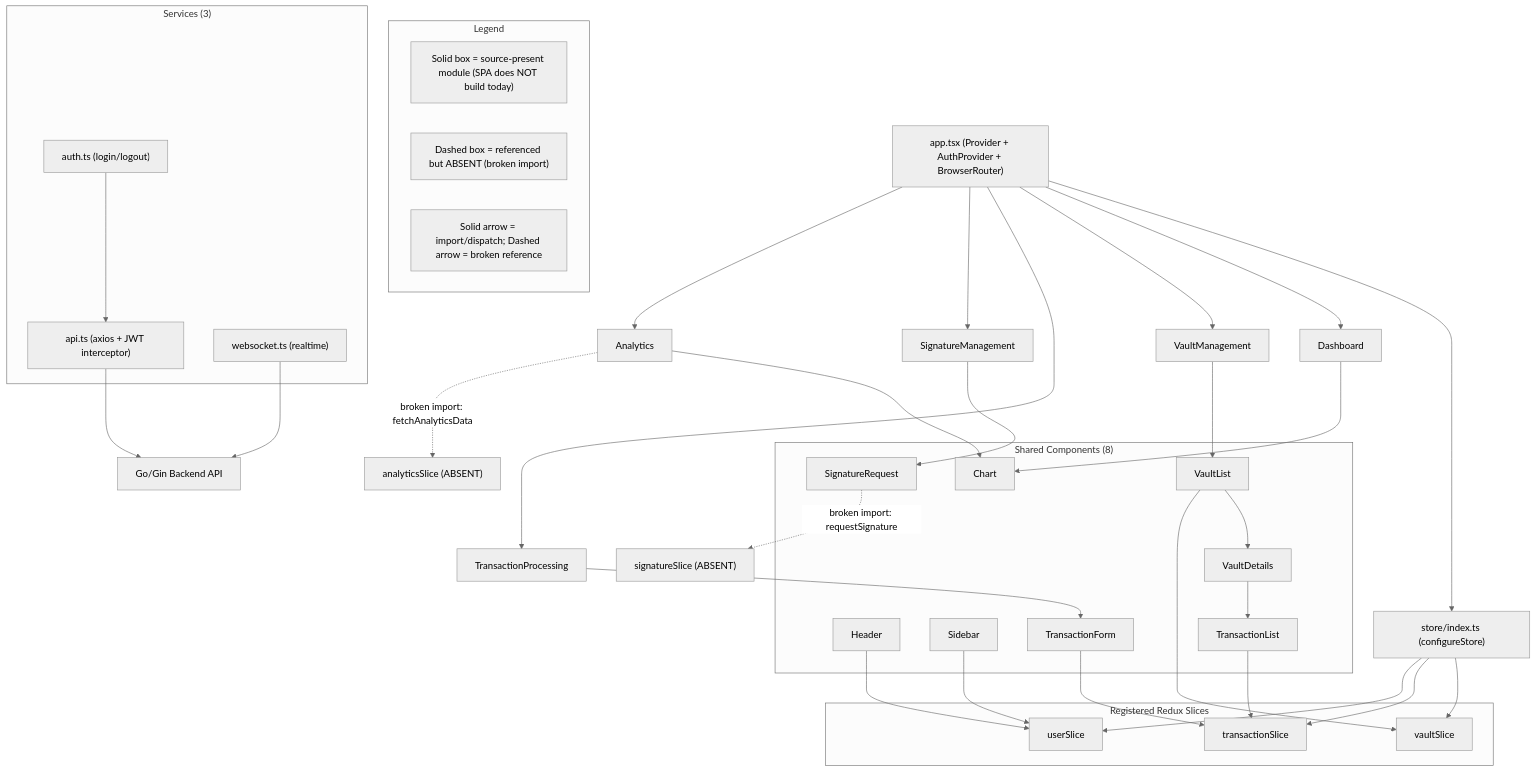
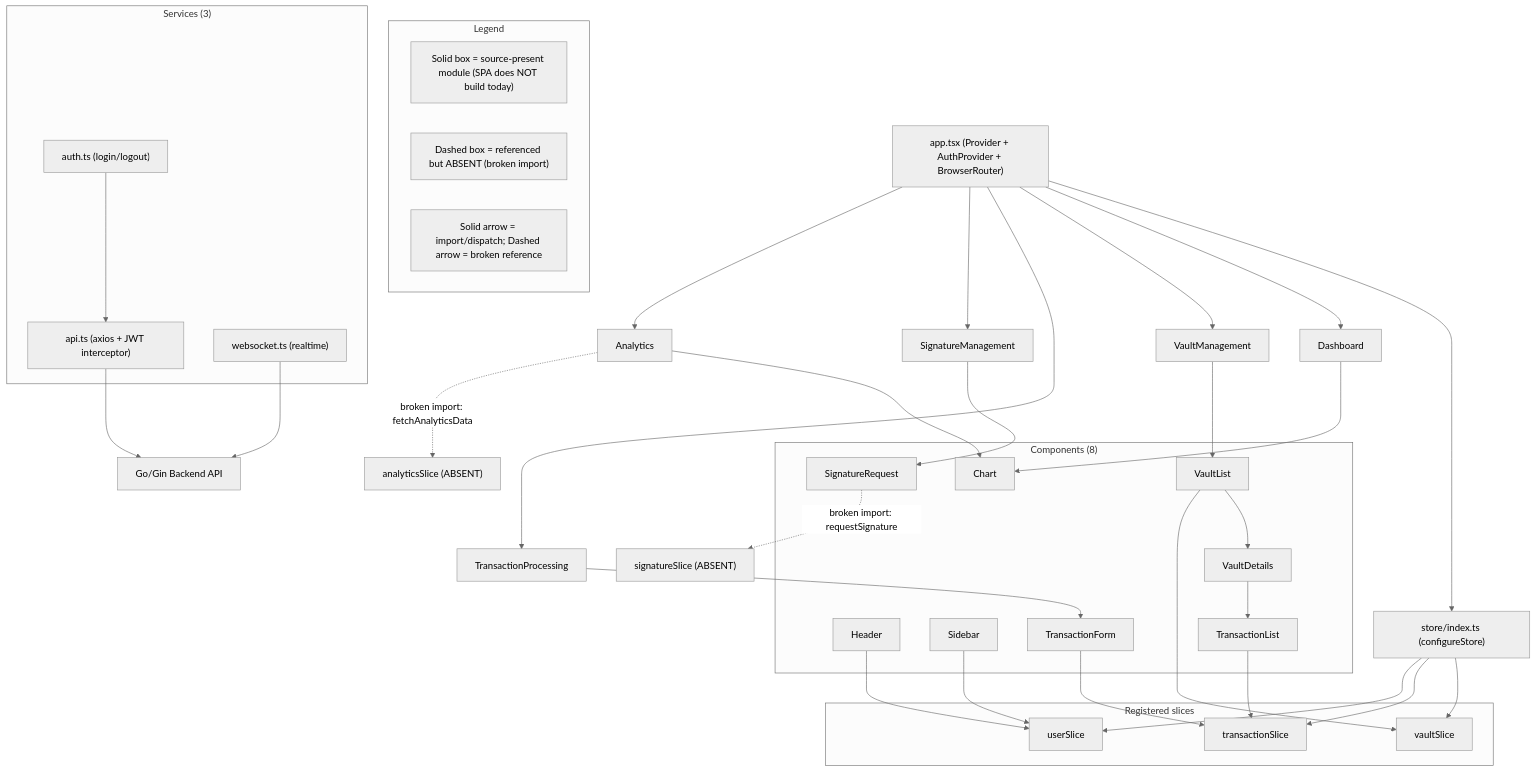
One commit to blitzy-public-samples/blockchain-integration-6edhrq changed the diagram in docs/architecture/frontend.md. Above: the diagram before and after it, drawn with Mermaid (neutral theme). The commit also changed other lines of this file and 25 other files, not shown here.

````diff
--- a/docs/architecture/frontend.md
+++ b/docs/architecture/frontend.md
@@ -22,67 +22,76 @@
 ```mermaid
 flowchart TD
+    %% Cluster-caption budget: Mermaid wraps a subgraph caption on its own internal
+    %% ~200px band (the inner div carries max-width:200px) which flowchart.wrappingWidth
+    %% does NOT widen, and it reserves only ONE caption line before the first child row.
+    %% Measured in Mermaid 11.4.0: clearance = 13.5 - 24 x (lines - 1) user units, so a
+    %% two-line caption already paints over the first node. Browser-measured on a 20px
+    %% sans ramp as well: a 17-character caption stays on one line, 21 characters wrap.
+    %% Keep every caption to ONE line -- at most ~17 characters and no em dash. The
+    %% detail these captions used to carry is stated in the legend keys and in the
+    %% cited prose around this figure.
     subgraph Legend_A3["Legend"]
         LG1["Solid box = source-present module (SPA does NOT build today)"]
         LG2["Dashed box = referenced but ABSENT (broken import)"]
         LG3["Solid arrow = import/dispatch; Dashed arrow = broken reference"]
     end
 
     App["app.tsx (Provider + AuthProvider + BrowserRouter)"]
     App --> Store["store/index.ts (configureStore)"]
     App --> Dash["Dashboard"]
     App --> VaultPg["VaultManagement"]
     App --> TxPg["TransactionProcessing"]
     App --> SigPg["SignatureManagement"]
     App --> Ana["Analytics"]
 
-    subgraph Comp["Shared Components (8)"]
+    subgraph Comp["Components (8)"]
         Header["Header"]
         Sidebar["Sidebar"]
         Chart["Chart"]
         VaultList["VaultList"]
         VaultDetails["VaultDetails"]
         TxForm["TransactionForm"]
         TxList["TransactionList"]
         SigReq["SignatureRequest"]
     end
 
-    subgraph Slices["Registered Redux Slices"]
+    subgraph Slices["Registered slices"]
         VaultSlice["vaultSlice"]
         TxSlice["transactionSlice"]
         UserSlice["userSlice"]
     end
 
     AnaSlice["analyticsSlice (ABSENT)"]
     SigSlice["signatureSlice (ABSENT)"]
 
     subgraph Svc["Services (3)"]
         Api["api.ts (axios + JWT interceptor)"]
         Auth["auth.ts (login/logout)"]
         Ws["websocket.ts (realtime)"]
     end
 
     Store --> VaultSlice
     Store --> TxSlice
     Store --> UserSlice
 
     VaultPg --> VaultList
     VaultList --> VaultDetails
     VaultDetails --> TxList
     TxPg --> TxForm
     SigPg --> SigReq
     Dash --> Chart
     Ana --> Chart
 
     VaultList --> VaultSlice
     TxForm --> TxSlice
     TxList --> TxSlice
     Header --> UserSlice
     Sidebar --> UserSlice
 
     Ana -.->|"broken import: fetchAnalyticsData"| AnaSlice
     SigReq -.->|"broken import: requestSignature"| SigSlice
 
     Api --> Backend["Go/Gin Backend API"]
     Auth --> Api
     Ws --> Backend
 ```
````
